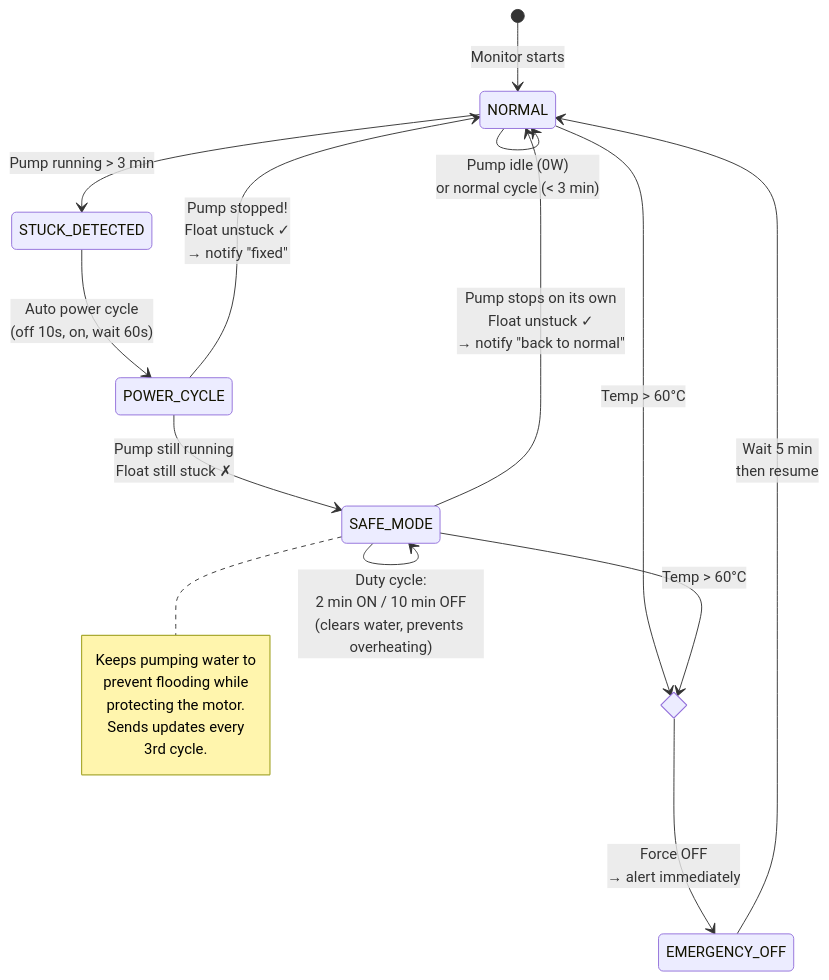
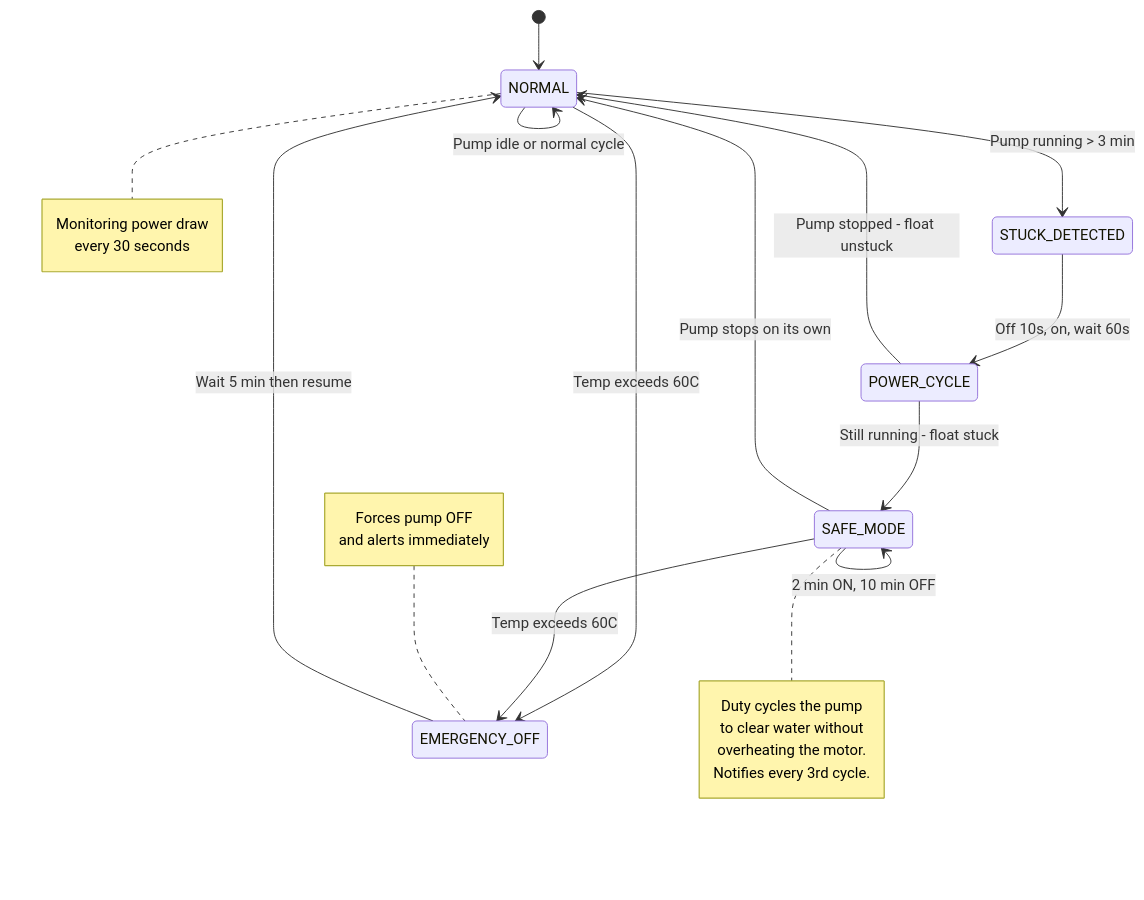
One commit to toddllm/home-assistant changed the second of 3 diagrams in README.md. Above: the diagram before and after it, drawn with Mermaid.

Commit message:
Fix Mermaid state diagram parsing error
Remove colons and special characters from stateDiagram transition
labels that were breaking GitHub's Mermaid renderer.

````diff
--- a/README.md
+++ b/README.md
@@ -106,30 +106,37 @@
 ```mermaid
 stateDiagram-v2
-    [*] --> NORMAL: Monitor starts
+    [*] --> NORMAL
 
-    NORMAL --> NORMAL: Pump idle (0W)<br/>or normal cycle (< 3 min)
-    NORMAL --> STUCK_DETECTED: Pump running > 3 min
+    NORMAL --> NORMAL : Pump idle or normal cycle
+    NORMAL --> STUCK_DETECTED : Pump running > 3 min
 
-    STUCK_DETECTED --> POWER_CYCLE: Auto power cycle<br/>(off 10s, on, wait 60s)
+    STUCK_DETECTED --> POWER_CYCLE : Off 10s, on, wait 60s
 
-    POWER_CYCLE --> NORMAL: Pump stopped!<br/>Float unstuck ✓<br/>→ notify "fixed"
-    POWER_CYCLE --> SAFE_MODE: Pump still running<br/>Float still stuck ✗
+    POWER_CYCLE --> NORMAL : Pump stopped - float unstuck
+    POWER_CYCLE --> SAFE_MODE : Still running - float stuck
 
-    SAFE_MODE --> SAFE_MODE: Duty cycle:<br/>2 min ON / 10 min OFF<br/>(clears water, prevents overheating)
-    SAFE_MODE --> NORMAL: Pump stops on its own<br/>Float unstuck ✓<br/>→ notify "back to normal"
+    SAFE_MODE --> SAFE_MODE : 2 min ON, 10 min OFF
+    SAFE_MODE --> NORMAL : Pump stops on its own
+
+    NORMAL --> EMERGENCY_OFF : Temp exceeds 60C
+    SAFE_MODE --> EMERGENCY_OFF : Temp exceeds 60C
+
+    EMERGENCY_OFF --> NORMAL : Wait 5 min then resume
+
+    note right of NORMAL
+        Monitoring power draw
+        every 30 seconds
+    end note
 
     note right of SAFE_MODE
-        Keeps pumping water to
-        prevent flooding while
-        protecting the motor.
-        Sends updates every
-        3rd cycle.
+        Duty cycles the pump
+        to clear water without
+        overheating the motor.
+        Notifies every 3rd cycle.
     end note
 
-    state OVERTEMP <<choice>>
-    NORMAL --> OVERTEMP: Temp > 60°C
-    SAFE_MODE --> OVERTEMP: Temp > 60°C
-    OVERTEMP --> EMERGENCY_OFF: Force OFF<br/>→ alert immediately
-
-    EMERGENCY_OFF --> NORMAL: Wait 5 min<br/>then resume
+    note left of EMERGENCY_OFF
+        Forces pump OFF
+        and alerts immediately
+    end note
 ```
````
